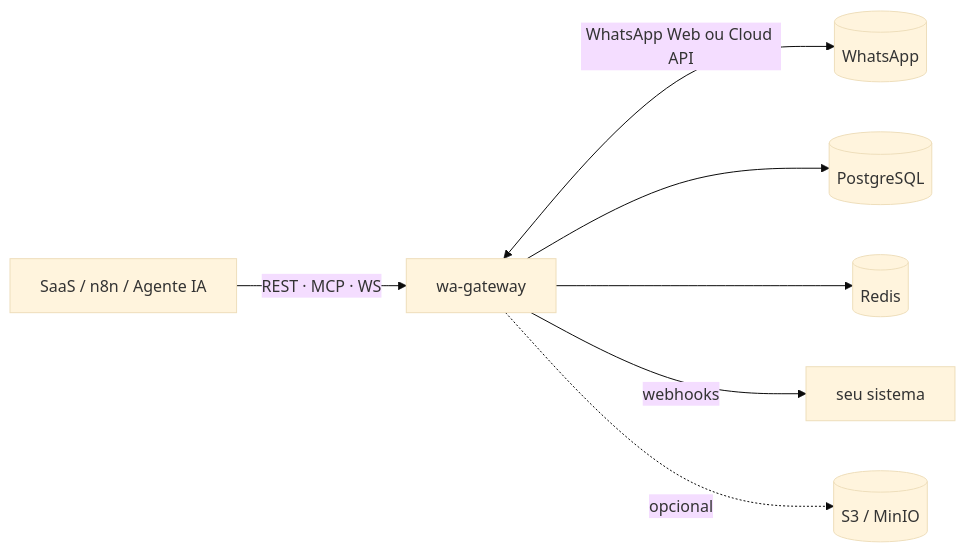
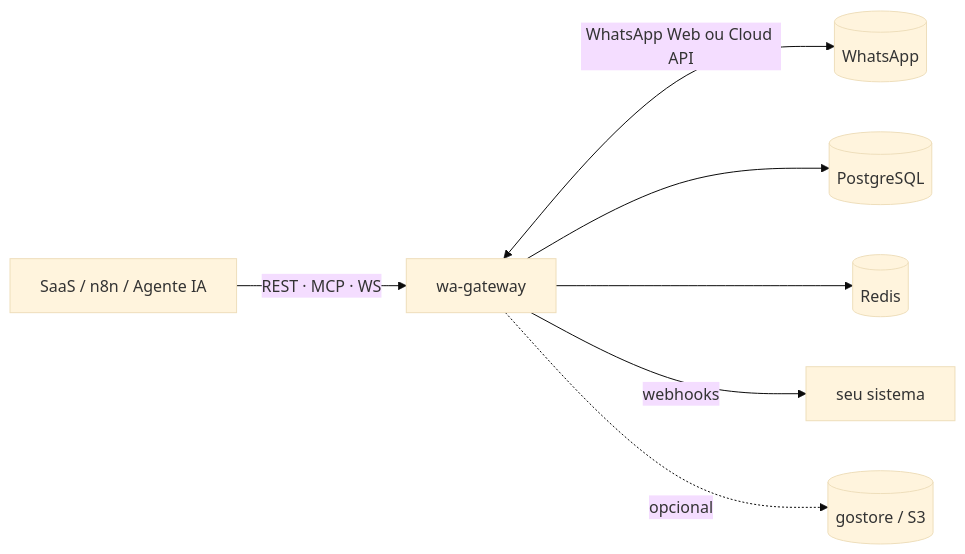
Before and after one commit to fdsriopreto-code/wa-gateway: the diagram in README.md, drawn with Mermaid (base theme). The commit also changed other lines of this file and 3 other files, not shown here.

First line of the commit message:
Mídia: gostore no lugar do MinIO

````diff
--- a/README.md
+++ b/README.md
@@ -233,9 +253,9 @@
 ```mermaid
 flowchart LR
   C[SaaS / n8n / Agente IA] -->|REST · MCP · WS| GW[wa-gateway]
   GW <-->|WhatsApp Web ou Cloud API| WA[(WhatsApp)]
   GW --> PG[(PostgreSQL)]
   GW --> RD[(Redis)]
   GW -->|webhooks| H[seu sistema]
-  GW -.->|opcional| S3[(S3 / MinIO)]
+  GW -.->|opcional| S3[(gostore / S3)]
 ```
````
